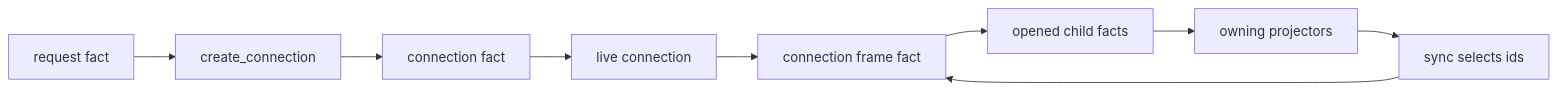
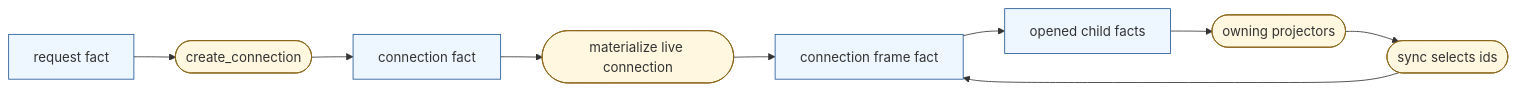
The first of 2 diagrams in src/protocol/connection/README.md (holmesworcester/poc-10), drawn with Mermaid before and after one commit. The commit also changed other lines of this file, not shown here.

Commit message:
Differentiate connection diagram node types

````diff
--- a/src/protocol/connection/README.md
+++ b/src/protocol/connection/README.md
@@ -8,20 +8,23 @@
 ```mermaid
 flowchart LR
-    Request["request fact"]
-    Create["create_connection"]
-    Connection["connection fact"]
-    Session["live connection"]
-    Frame["connection frame fact"]
-    Child["opened child facts"]
-    Projectors["owning projectors"]
-    Sync["sync selects ids"]
+    Request["request fact"]:::fact
+    Create(["create_connection"]):::step
+    Connection["connection fact"]:::fact
+    Session(["materialize live connection"]):::step
+    Frame["connection frame fact"]:::fact
+    Child["opened child facts"]:::fact
+    Projectors(["owning projectors"]):::step
+    Sync(["sync selects ids"]):::step
 
     Request --> Create
     Create --> Connection
     Connection --> Session
     Session --> Frame
     Frame --> Child
     Child --> Projectors
     Projectors --> Sync
     Sync --> Frame
+
+    classDef fact fill:#eef6ff,stroke:#235a97,stroke-width:1px;
+    classDef step fill:#fff7df,stroke:#8a6418,stroke-width:1px;
 ```
````
